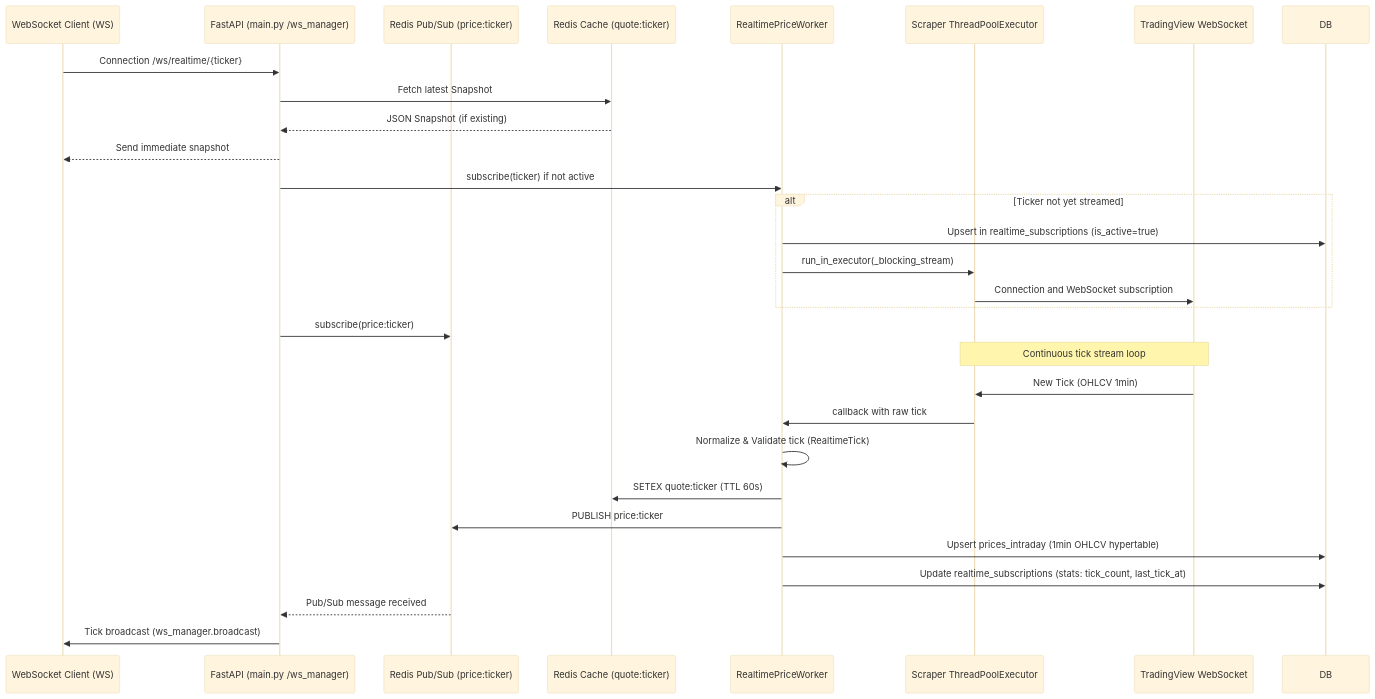
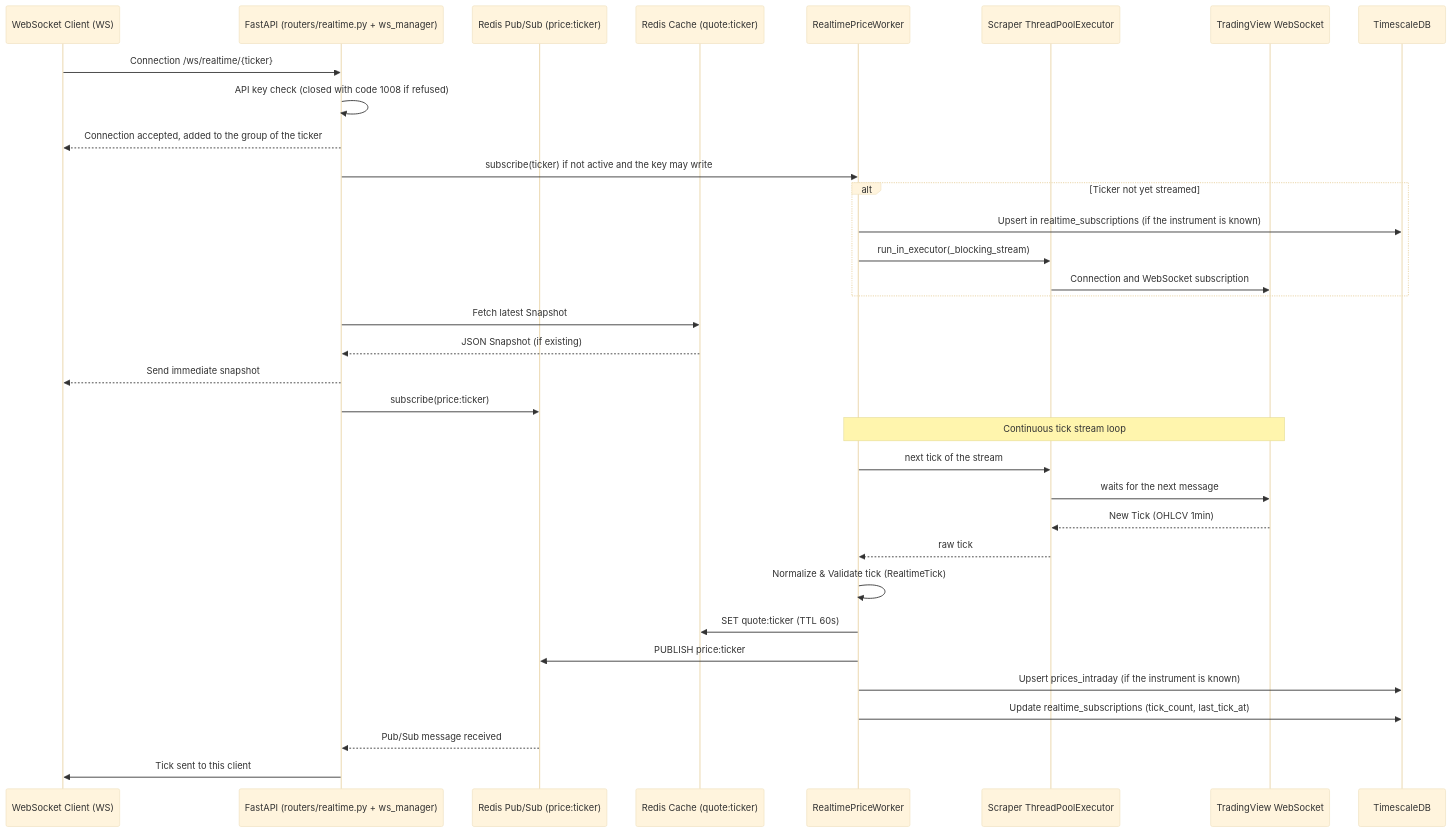
Before and after one commit to fonrex/fonrex: the fifth of 10 diagrams in ARCHITECTURE.md, drawn with Mermaid (base theme). The commit also changed other lines of this file and 167 other files, not shown here.

````diff
--- a/ARCHITECTURE.md
+++ b/ARCHITECTURE.md
@@ -811,36 +1009,41 @@
 ```mermaid
 sequenceDiagram
     participant Client as WebSocket Client (WS)
-    participant FastAPI as FastAPI (main.py /ws_manager)
+    participant FastAPI as FastAPI (routers/realtime.py + ws_manager)
     participant PubSub as Redis Pub/Sub (price:ticker)
     participant Cache as Redis Cache (quote:ticker)
     participant Worker as RealtimePriceWorker
     participant Pool as Scraper ThreadPoolExecutor
     participant TV as TradingView WebSocket
+    participant DB as TimescaleDB
 
     Client->>FastAPI: Connection /ws/realtime/{ticker}
-    FastAPI->>Cache: Fetch latest Snapshot
-    Cache-->>FastAPI: JSON Snapshot (if existing)
-    FastAPI-->>Client: Send immediate snapshot
-    
-    FastAPI->>Worker: subscribe(ticker) if not active
+    FastAPI->>FastAPI: API key check (closed with code 1008 if refused)
+    FastAPI-->>Client: Connection accepted, added to the group of the ticker
+
+    FastAPI->>Worker: subscribe(ticker) if not active and the key may write
     alt Ticker not yet streamed
-        Worker->>DB: Upsert in realtime_subscriptions (is_active=true)
+        Worker->>DB: Upsert in realtime_subscriptions (if the instrument is known)
         Worker->>Pool: run_in_executor(_blocking_stream)
         Pool->>TV: Connection and WebSocket subscription
     end
 
+    FastAPI->>Cache: Fetch latest Snapshot
+    Cache-->>FastAPI: JSON Snapshot (if existing)
+    FastAPI-->>Client: Send immediate snapshot
     FastAPI->>PubSub: subscribe(price:ticker)
-    
-    Note over TV, Pool: Continuous tick stream loop
-    TV->>Pool: New Tick (OHLCV 1min)
-    Pool->>Worker: callback with raw tick
+
+    Note over TV, Worker: Continuous tick stream loop
+    Worker->>Pool: next tick of the stream
+    Pool->>TV: waits for the next message
+    TV-->>Pool: New Tick (OHLCV 1min)
+    Pool-->>Worker: raw tick
     Worker->>Worker: Normalize & Validate tick (RealtimeTick)
-    Worker->>Cache: SETEX quote:ticker (TTL 60s)
+    Worker->>Cache: SET quote:ticker (TTL 60s)
     Worker->>PubSub: PUBLISH price:ticker
-    Worker->>DB: Upsert prices_intraday (1min OHLCV hypertable)
-    Worker->>DB: Update realtime_subscriptions (stats: tick_count, last_tick_at)
-    
+    Worker->>DB: Upsert prices_intraday (if the instrument is known)
+    Worker->>DB: Update realtime_subscriptions (tick_count, last_tick_at)
+
     PubSub-->>FastAPI: Pub/Sub message received
-    FastAPI->>Client: Tick broadcast (ws_manager.broadcast)
+    FastAPI->>Client: Tick sent to this client
 ```
````
